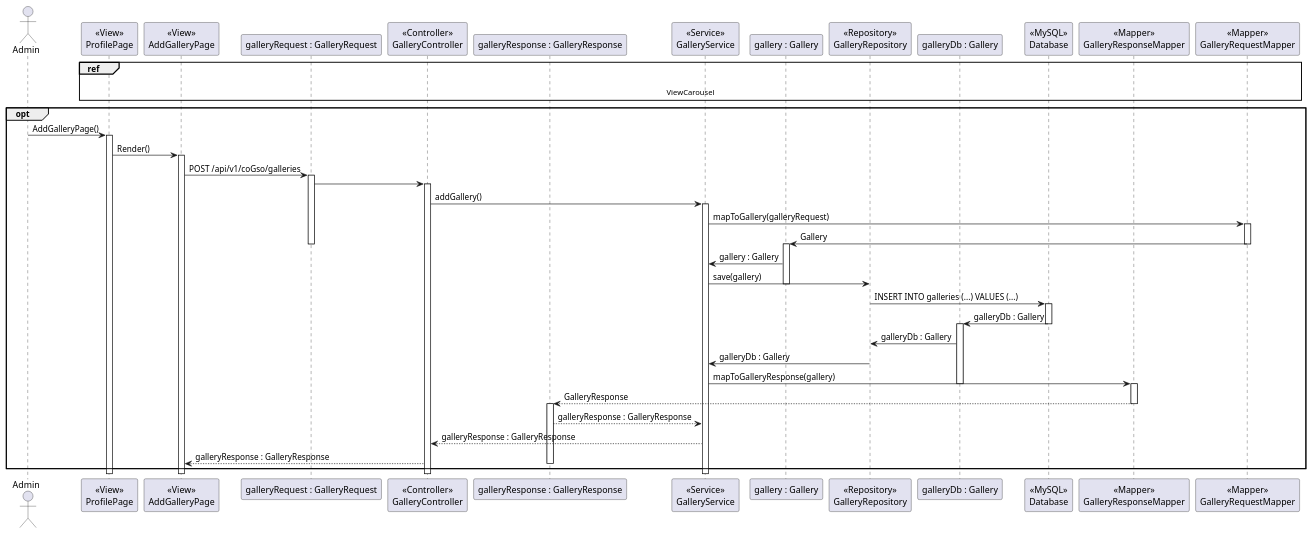
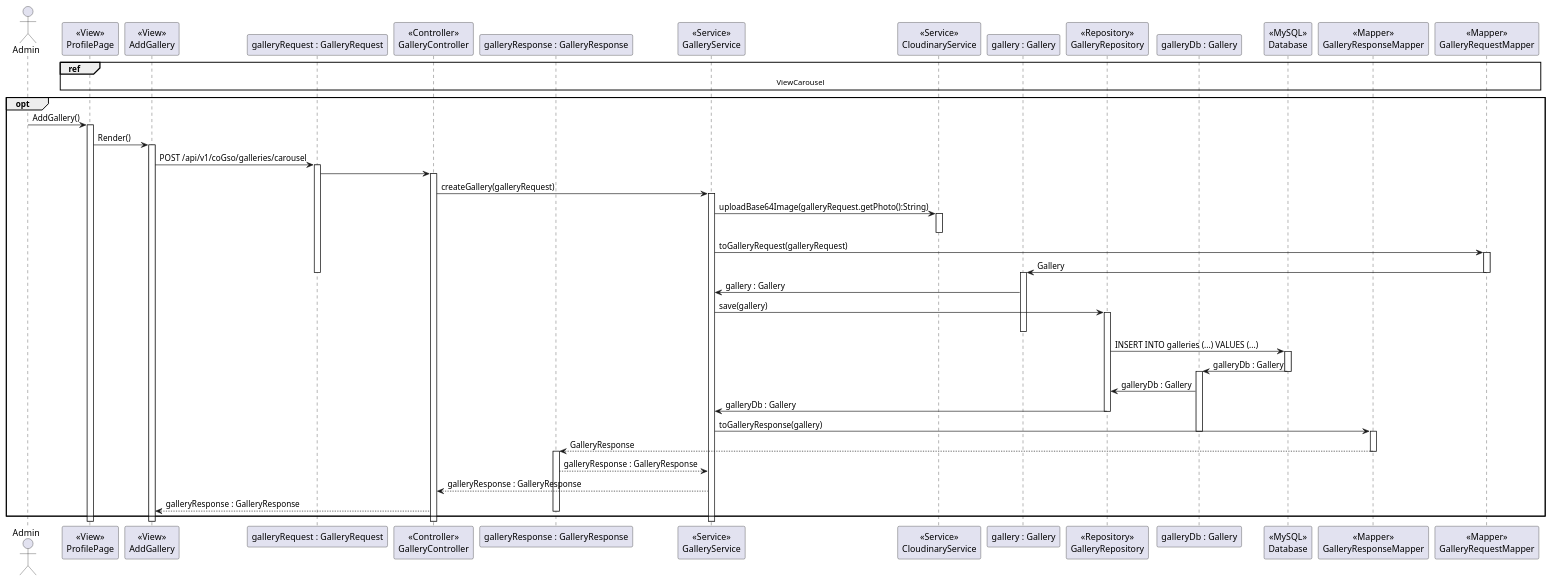
Before and after one commit to DylanBrass/Corso-Website: the diagram in Diagrams/LLSD/Galleries/add_gallery_photo_llsd.puml, drawn with PlantUML. The commit also changed 22 other files, not shown here.

```diff
--- a/Diagrams/LLSD/Galleries/add_gallery_photo_llsd.puml
+++ b/Diagrams/LLSD/Galleries/add_gallery_photo_llsd.puml
@@ -1,103 +1,107 @@
 @startuml
 
 actor Admin
 
 participant "<<View>>\nProfilePage" as Pfp
 
-participant "<<View>>\nAddGalleryPage" as Wrp
+participant "<<View>>\nAddGallery" as Wrp
 
 participant "galleryRequest : GalleryRequest" as Gq
 
 participant "<<Controller>>\nGalleryController" as Rc
 
 participant "galleryResponse : GalleryResponse" as Gr
 
 participant "<<Service>>\nGalleryService" as Gs
+
+participant "<<Service>>\nCloudinaryService" as Cs
 
 
 participant "gallery : Gallery" as G
 
 
 participant "<<Repository>>\nGalleryRepository" as Grep
 
 participant "galleryDb : Gallery" as Gdb
 
 participant "<<MySQL>>\nDatabase" as Db
 
 participant "<<Mapper>>\nGalleryResponseMapper" as GresM
 
 participant "<<Mapper>>\nGalleryRequestMapper" as GreqM
 
 ref over Pfp, Wrp, Gq, Rc, Gr, Gs, G, Grep, Gdb, Db, GresM, GreqM
-
     ViewCarousel
 end
 
 opt
-Admin -> Pfp: AddGalleryPage()
+Admin -> Pfp: AddGallery()
 activate Pfp
 
 Pfp -> Wrp: Render()
 activate Wrp
 
-Wrp -> Gq: POST /api/v1/coGso/galleries
+Wrp -> Gq: POST /api/v1/coGso/galleries/carousel
 
 activate Gq
 
 Gq -> Rc
 
-
-
 activate Rc
 
-Rc -> Gs: addGallery()
+Rc -> Gs: createGallery(galleryRequest)
 activate Gs
 
-Gs -> GreqM: mapToGallery(galleryRequest)
+Gs -> Cs: uploadBase64Image(galleryRequest.getPhoto():String)
+activate Cs
+
+deactivate Cs
+Gs -> GreqM: toGalleryRequest(galleryRequest)
 
 activate GreqM
 
 GreqM -> G: Gallery
 
 deactivate Gq
 deactivate GreqM
 
 activate G
 
 G -> Gs : gallery : Gallery
 
 
 
 Gs -> Grep: save(gallery)
+activate Grep
 deactivate G
 
 Grep -> Db: INSERT INTO galleries (...) VALUES (...)
 activate Db
 
 Db -> Gdb: galleryDb : Gallery
 deactivate Db
 
 activate Gdb
 Gdb -> Grep: galleryDb : Gallery
 
 Grep -> Gs: galleryDb : Gallery
 deactivate Grep
-Gs -> GresM: mapToGalleryResponse(gallery)
+Gs -> GresM: toGalleryResponse(gallery)
 deactivate Gdb
 activate GresM
 
 
 GresM --> Gr: GalleryResponse
 deactivate GresM
 activate Gr
 
 Gr --> Gs : galleryResponse : GalleryResponse
 
 Gs --> Rc: galleryResponse : GalleryResponse
 
 
 Rc --> Wrp: galleryResponse : GalleryResponse
 
 deactivate Gr
 end opt
 @enduml
```
